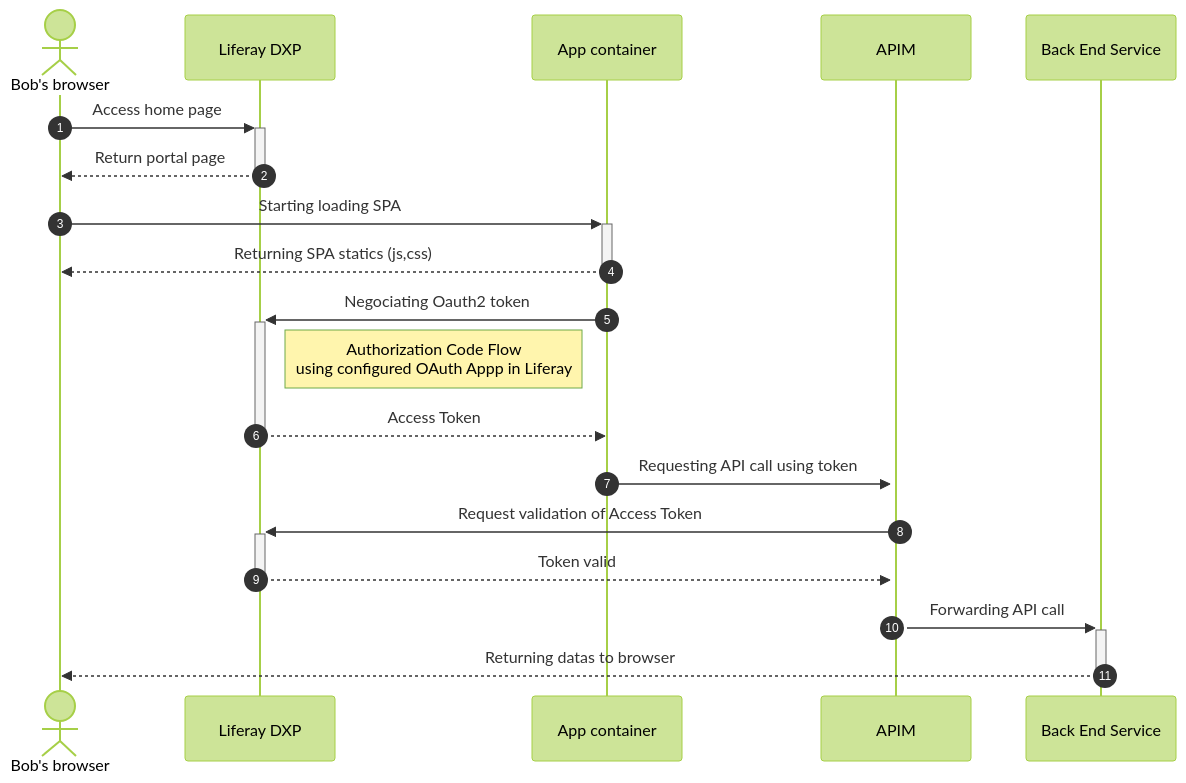
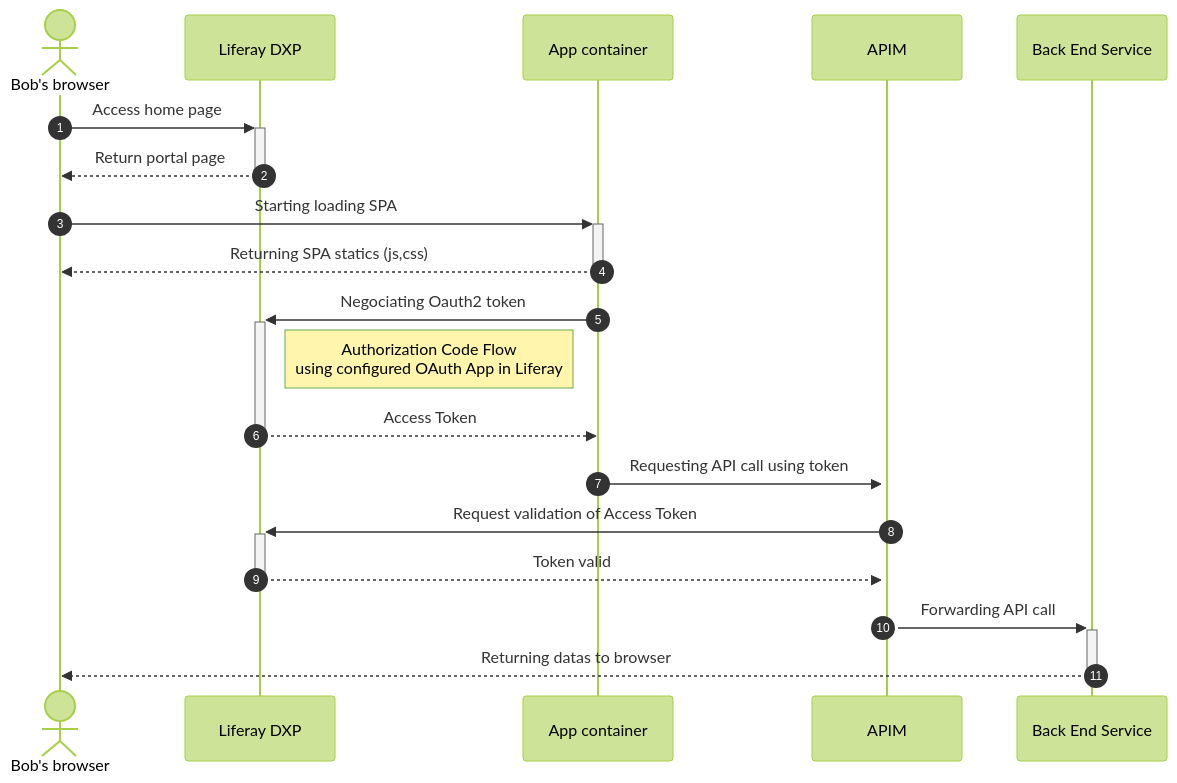
The diagram in s3/README.md (jpdacunha/liferay-oauth-client-extension), drawn with Mermaid (forest theme) before and after one commit. The commit also changed other lines of this file and 17 other files, not shown here.

````diff
--- a/s3/README.md
+++ b/s3/README.md
@@ -10,17 +10,17 @@
 ```mermaid
 sequenceDiagram
     autonumber
     actor Bob's browser
     Bob's browser->>+Liferay DXP: Access home page
     Liferay DXP-->>-Bob's browser: Return portal page
     Bob's browser->>+App container: Starting loading SPA
     App container-->>-Bob's browser: Returning SPA statics (js,css)
     App container->>+Liferay DXP: Negociating Oauth2 token
-    Note right of Liferay DXP: Authorization Code Flow <br/>using configured OAuth Appp in Liferay
+    Note right of Liferay DXP: Authorization Code Flow <br/>using configured OAuth App in Liferay
     Liferay DXP-->>-App container: Access Token
     App container->>+APIM: Requesting API call using token
     APIM->>+Liferay DXP: Request validation of Access Token
     Liferay DXP-->>-APIM: Token valid
     APIM->>+Back End Service : Forwarding API call
     Back End Service-->>-Bob's browser: Returning datas to browser
 ```
````
